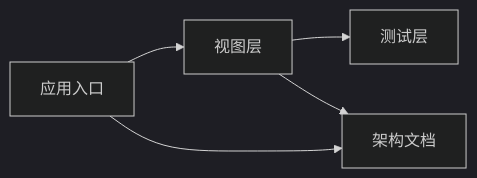
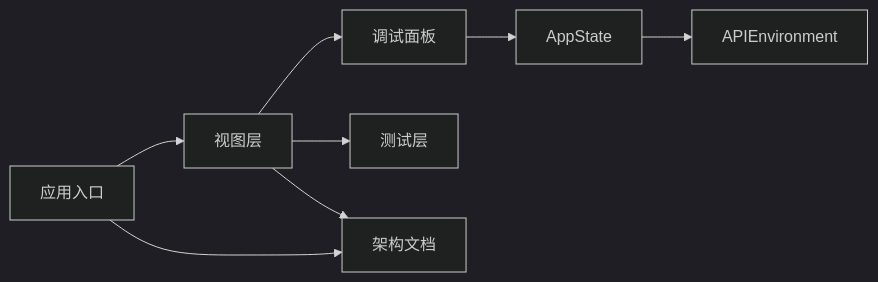
One commit to Jayden23018/blind-run-ios changed the eighth of 8 diagrams in .qoder/repowiki/zh/content/开发指南/调试与性能优化.md. Above: the diagram before and after it, drawn with Mermaid (dark theme). The commit also changed other lines of this file and 24 other files, not shown here.

````diff
--- a/.qoder/repowiki/zh/content/开发指南/调试与性能优化.md
+++ b/.qoder/repowiki/zh/content/开发指南/调试与性能优化.md
@@ -206,7 +305,10 @@
 ```mermaid
 graph LR
 App["应用入口"] --> View["视图层"]
+View --> DebugPanel["调试面板"]
+DebugPanel --> AppState["AppState"]
+AppState --> APIEnv["APIEnvironment"]
 View --> Tests["测试层"]
 App --> Docs["架构文档"]
 View --> Docs
 ```
````
